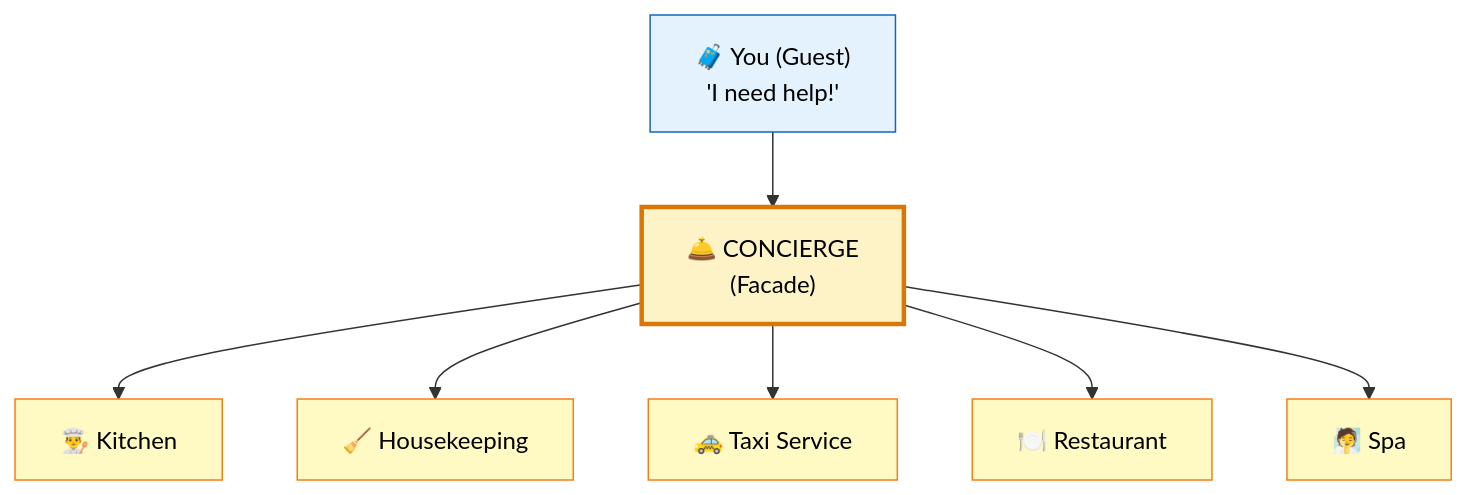
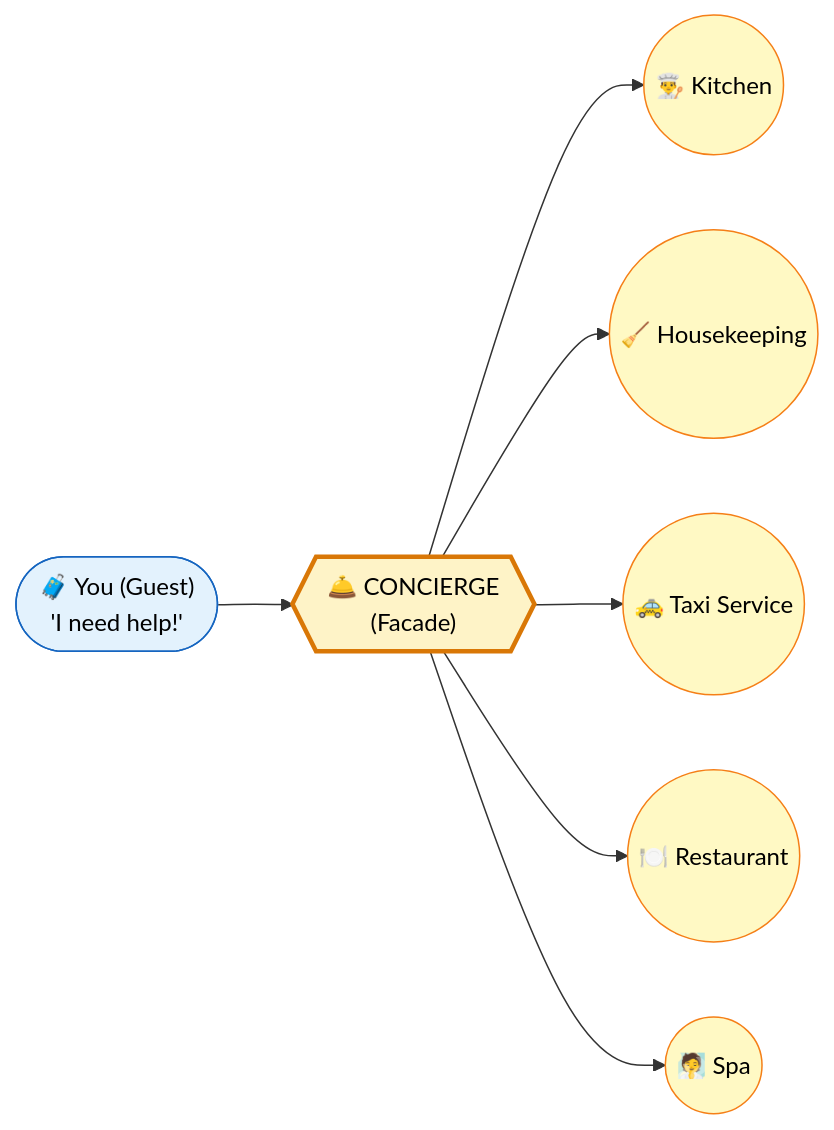
One commit to saivamsikaruturi/vamsilabs-dev-notes-main changed the first of 3 diagrams in docs/designpatterns/structuralDesignPatterns/facadedesignpattern.md. Above: the diagram before and after it, drawn with Mermaid. The commit also changed other lines of this file and 146 other files, not shown here.

Commit message:
Horizontal diagrams, UML class diagrams, typography overhaul, and permalink cleanup

````diff
--- a/docs/designpatterns/structuralDesignPatterns/facadedesignpattern.md
+++ b/docs/designpatterns/structuralDesignPatterns/facadedesignpattern.md
@@ -12,17 +12,17 @@
 ```mermaid
-flowchart TD
-    You["🧳 You (Guest)<br/>'I need help!'"] --> C["🛎️ CONCIERGE<br/>(Facade)"]
-    C --> K["👨‍🍳 Kitchen"]
-    C --> H["🧹 Housekeeping"]
-    C --> T["🚕 Taxi Service"]
-    C --> R["🍽️ Restaurant"]
-    C --> S["🧖 Spa"]
+flowchart LR
+    You(["🧳 You (Guest)<br/>'I need help!'"]) --> C{{"🛎️ CONCIERGE<br/>(Facade)"}}
+    C --> K(("👨‍🍳 Kitchen"))
+    C --> H(("🧹 Housekeeping"))
+    C --> T(("🚕 Taxi Service"))
+    C --> R(("🍽️ Restaurant"))
+    C --> S(("🧖 Spa"))
     
     style You fill:#E3F2FD,stroke:#1565C0,color:#000
     style C fill:#FEF3C7,stroke:#D97706,stroke-width:3px,color:#000
     style K fill:#FFF9C4,stroke:#F57F17,color:#000
     style H fill:#FFF9C4,stroke:#F57F17,color:#000
     style T fill:#FFF9C4,stroke:#F57F17,color:#000
     style R fill:#FFF9C4,stroke:#F57F17,color:#000
     style S fill:#FFF9C4,stroke:#F57F17,color:#000
 ```
````
